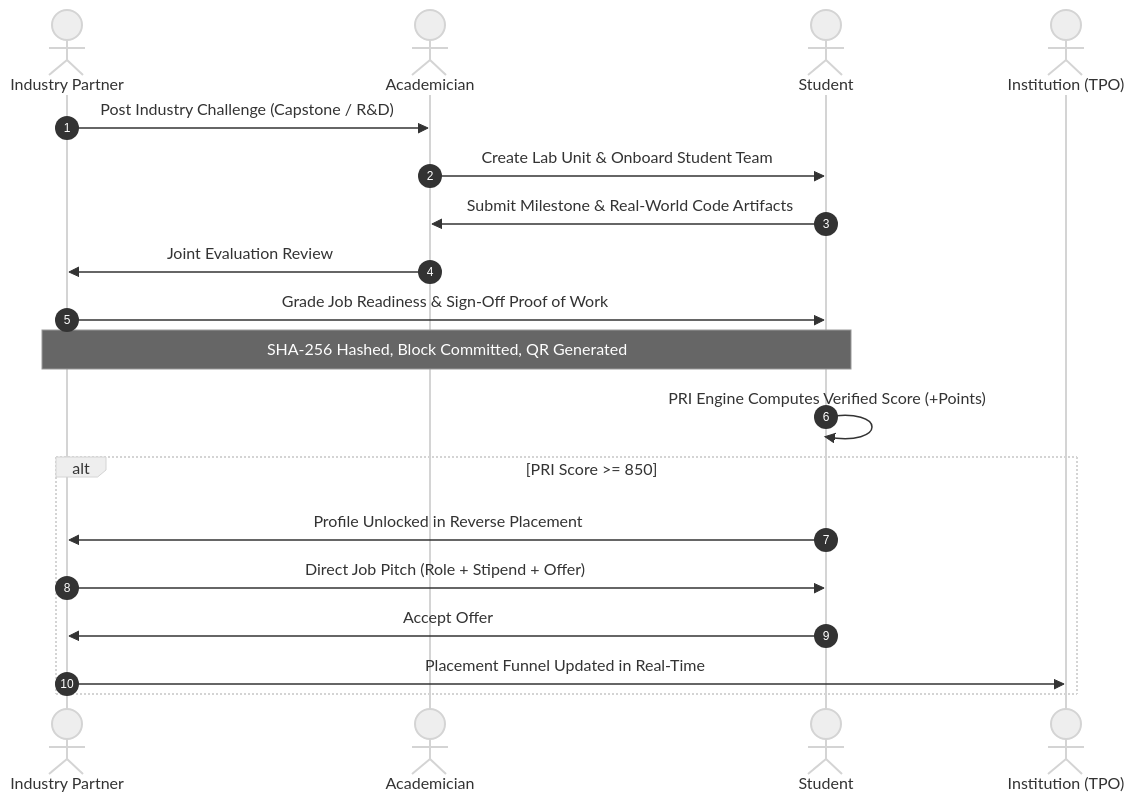
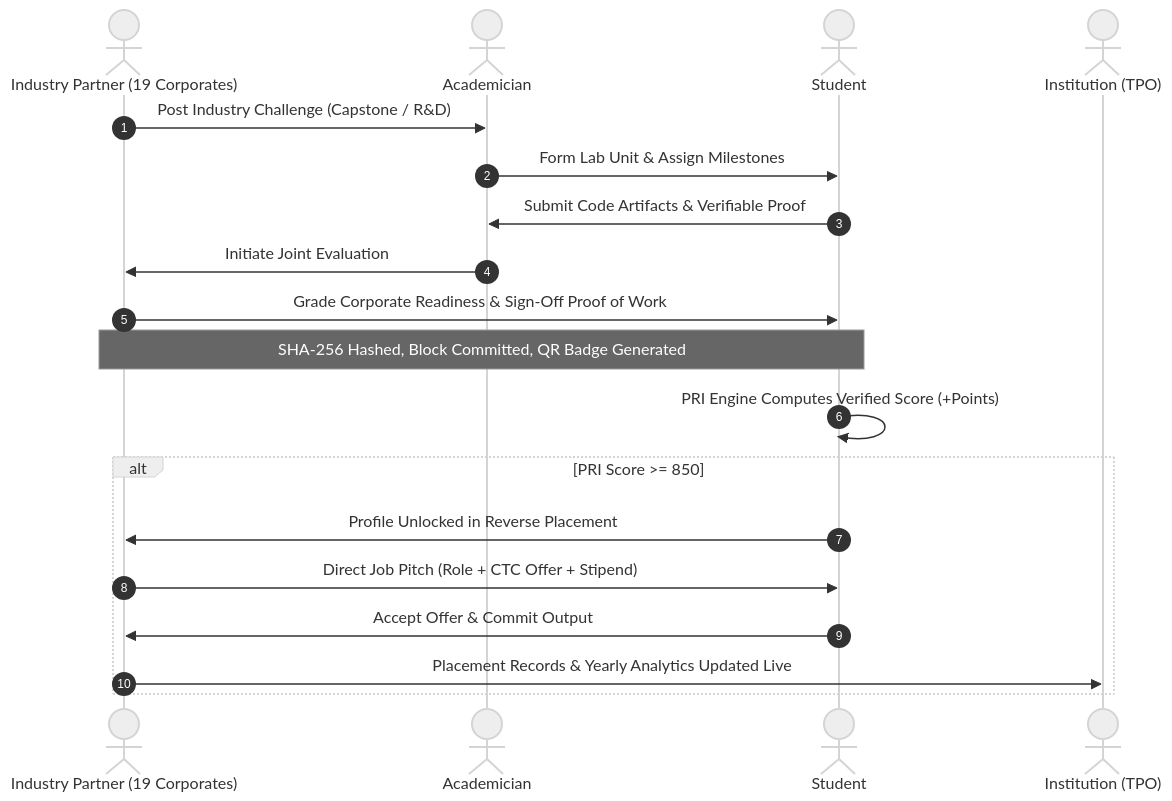
One commit to Phantom-Coders-Team/SkillBridge changed the second of 2 diagrams in README.md. Above: the diagram before and after it, drawn with Mermaid (neutral theme). The commit also changed other lines of this file, not shown here.

Commit message:
docs(readme): modernize README with 19 corporate partners, placement analytics, public portfolios, and updated architecture

````diff
--- a/README.md
+++ b/README.md
@@ -169,22 +193,22 @@
 ```mermaid
 sequenceDiagram
     autonumber
-    actor Industry as Industry Partner
+    actor Industry as Industry Partner (19 Corporates)
     actor Faculty as Academician
     actor Student as Student
     actor TPO as Institution (TPO)
 
     Industry->>Faculty: Post Industry Challenge (Capstone / R&D)
-    Faculty->>Student: Create Lab Unit & Onboard Student Team
-    Student->>Faculty: Submit Milestone & Real-World Code Artifacts
-    Faculty->>Industry: Joint Evaluation Review
-    Industry->>Student: Grade Job Readiness & Sign-Off Proof of Work
-    Note over Student,Industry: SHA-256 Hashed, Block Committed, QR Generated
+    Faculty->>Student: Form Lab Unit & Assign Milestones
+    Student->>Faculty: Submit Code Artifacts & Verifiable Proof
+    Faculty->>Industry: Initiate Joint Evaluation
+    Industry->>Student: Grade Corporate Readiness & Sign-Off Proof of Work
+    Note over Student,Industry: SHA-256 Hashed, Block Committed, QR Badge Generated
     Student->>Student: PRI Engine Computes Verified Score (+Points)
     alt PRI Score >= 850
         Student->>Industry: Profile Unlocked in Reverse Placement
-        Industry->>Student: Direct Job Pitch (Role + Stipend + Offer)
-        Student->>Industry: Accept Offer
-        Industry->>TPO: Placement Funnel Updated in Real-Time
+        Industry->>Student: Direct Job Pitch (Role + CTC Offer + Stipend)
+        Student->>Industry: Accept Offer & Commit Output
+        Industry->>TPO: Placement Records & Yearly Analytics Updated Live
     end
 ```
````
